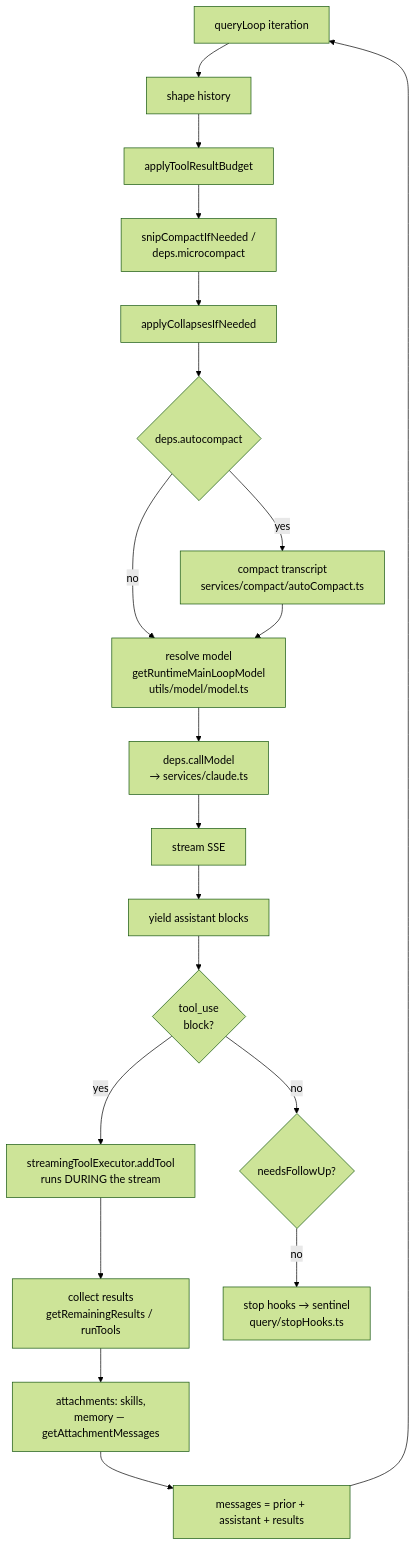
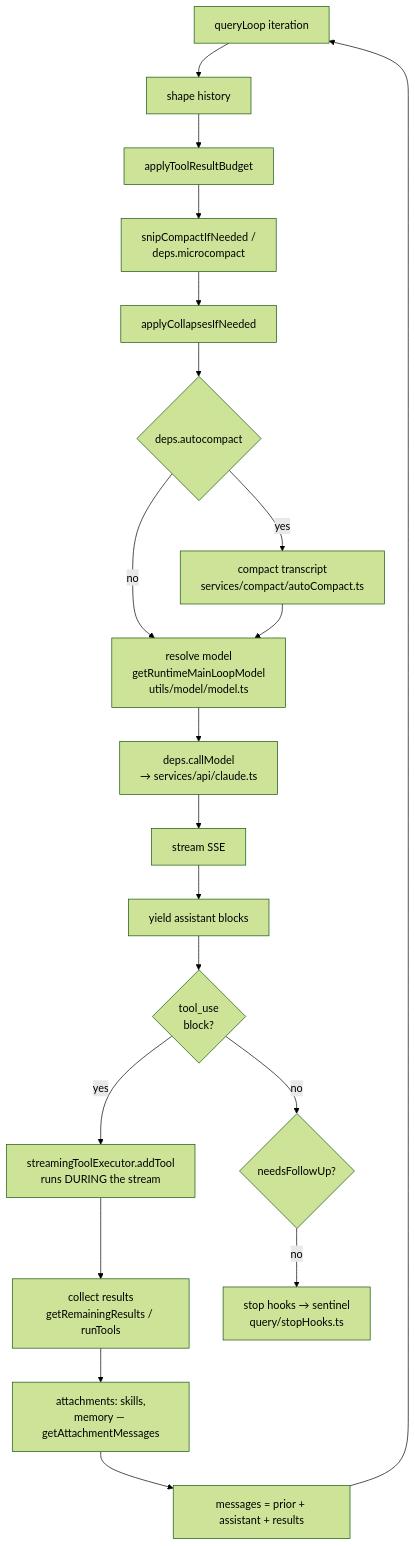
One commit to cristianizzo/axa-chat changed the fourth of 8 diagrams in docs/ARCHITECTURE.md. Above: the diagram before and after it, drawn with Mermaid (forest theme). The commit also changed other lines of this file, not shown here.

First line of the commit message:
docs: fix two errors introduced by the ARCHITECTURE.md rewrite

````diff
--- a/docs/ARCHITECTURE.md
+++ b/docs/ARCHITECTURE.md
@@ -182,22 +182,22 @@
 ```mermaid
 flowchart TD
     A["queryLoop iteration"] --> B["shape history"]
     B --> B1["applyToolResultBudget"]
     B1 --> B2["snipCompactIfNeeded /<br/>deps.microcompact"]
     B2 --> B3["applyCollapsesIfNeeded"]
     B3 --> B4{"deps.autocompact"}
     B4 -->|yes| B5["compact transcript<br/>services/compact/autoCompact.ts"]
     B4 -->|no| C
     B5 --> C["resolve model<br/>getRuntimeMainLoopModel<br/>utils/model/model.ts"]
-    C --> D["deps.callModel<br/>→ services/claude.ts"]
+    C --> D["deps.callModel<br/>→ services/api/claude.ts"]
     D --> E["stream SSE"]
     E --> F["yield assistant blocks"]
     F --> G{"tool_use<br/>block?"}
     G -->|yes| H["streamingToolExecutor.addTool<br/>runs DURING the stream"]
     H --> I["collect results<br/>getRemainingResults / runTools"]
     I --> J["attachments: skills,<br/>memory — getAttachmentMessages"]
     J --> K["messages = prior + assistant + results"]
     K --> A
     G -->|no| L{"needsFollowUp?"}
     L -->|no| M["stop hooks → sentinel<br/>query/stopHooks.ts"]
 ```
````
